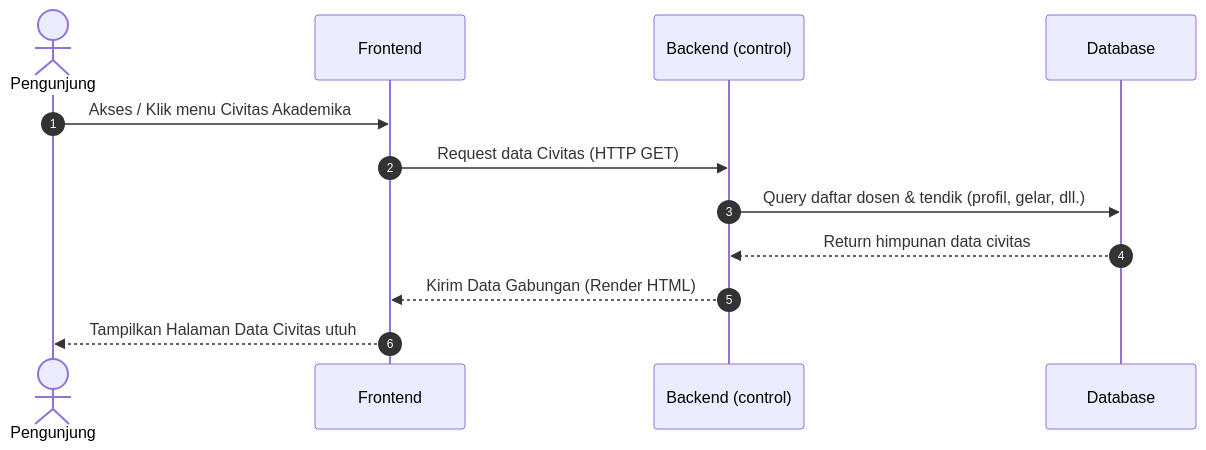
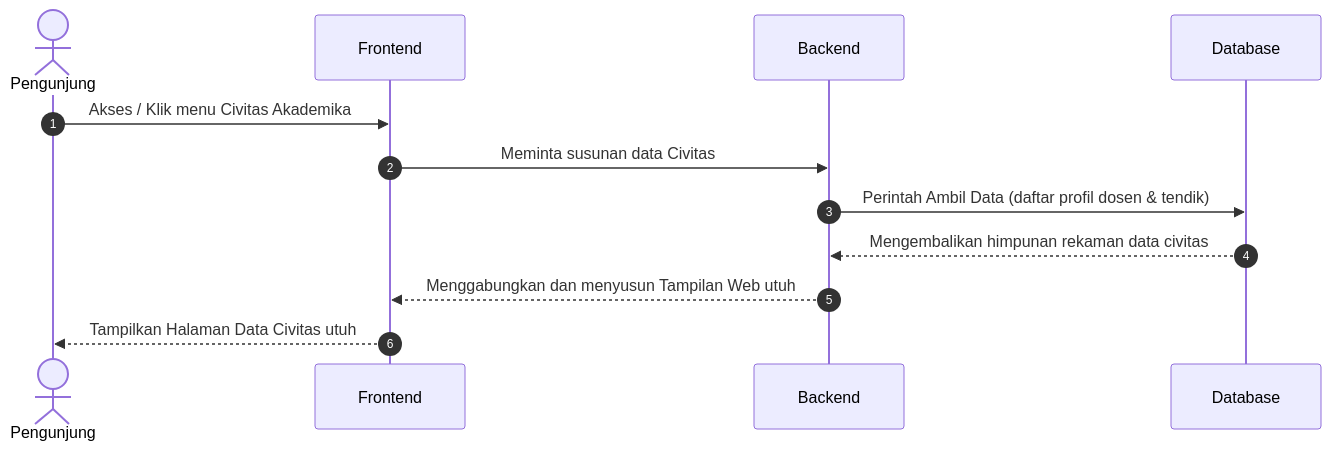
One commit to arbain-dev/Web_fikom changed the second of 22 diagrams in docs/kumpulan_sequence_frontend.md. Above: the diagram before and after it, drawn with Mermaid. The commit also changed other lines of this file and 1 other file, not shown here.

Commit message:
docs: menyederhanakan bahasa teknikal (query, render, html, http, json) menjadi perbendaharaan operasional sederhana di diagram aktivitas public frontend

````diff
--- a/docs/kumpulan_sequence_frontend.md
+++ b/docs/kumpulan_sequence_frontend.md
@@ -27,18 +27,18 @@
 ```mermaid
 sequenceDiagram
     autonumber
     
     actor User as Pengunjung
-    participant Frontend
-    participant Backend as Backend (control)
-    participant DB as Database
+    participant Frontend as Frontend
+    participant Backend as Backend
+    participant Database as Database
 
     User->>Frontend: Akses / Klik menu Civitas Akademika
-    Frontend->>Backend: Request data Civitas (HTTP GET)
+    Frontend->>Backend: Meminta susunan data Civitas
     
-    Backend->>DB: Query daftar dosen & tendik (profil, gelar, dll.)
-    DB-->>Backend: Return himpunan data civitas
+    Backend->>Database: Perintah Ambil Data (daftar profil dosen & tendik)
+    Database-->>Backend: Mengembalikan himpunan rekaman data civitas
     
-    Backend-->>Frontend: Kirim Data Gabungan (Render HTML)
+    Backend-->>Frontend: Menggabungkan dan menyusun Tampilan Web utuh
     Frontend-->>User: Tampilkan Halaman Data Civitas utuh
 ```
````
